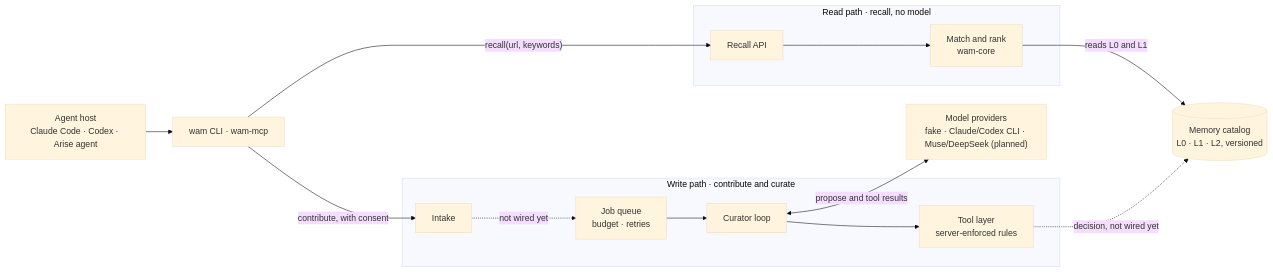
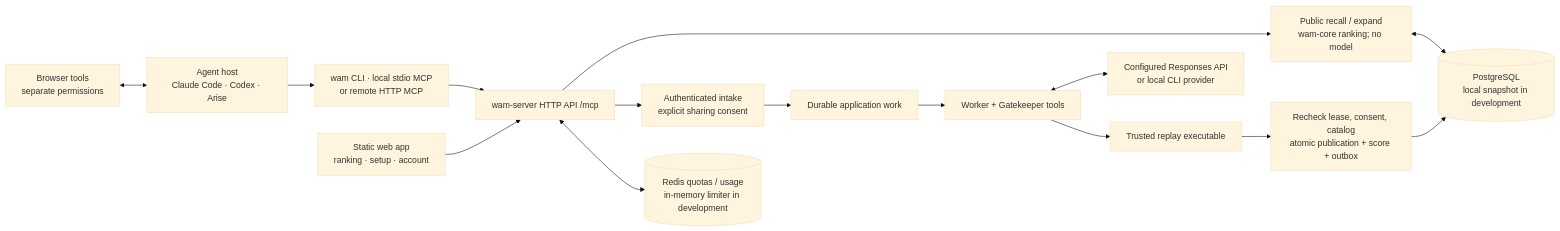
Before and after one commit to heycodingkr/web-agentic-memory: the first of 2 diagrams in docs/design/system-overview.md, drawn with Mermaid (base theme). The commit also changed other lines of this file and 24 other files, not shown here.

````diff
--- a/docs/design/system-overview.md
+++ b/docs/design/system-overview.md
@@ -18,17 +11,17 @@
 ```mermaid
 flowchart LR
-    agent["Agent host<br/>Claude Code · Codex · Arise agent"] --> adapters["wam CLI · wam-mcp"]
-    subgraph read["Read path · recall, no model"]
-        recall["Recall API"] --> rank["Match and rank<br/>wam-core"]
-    end
-    subgraph write["Write path · contribute and curate"]
-        intake["Intake"] -.->|"not wired yet"| queue["Job queue<br/>budget · retries"]
-        queue --> curator["Curator loop"]
-        curator --> tools["Tool layer<br/>server-enforced rules"]
-    end
-    adapters -->|"recall(url, keywords)"| recall
-    adapters -->|"contribute, with consent"| intake
-    rank -->|"reads L0 and L1"| catalog[("Memory catalog<br/>L0 · L1 · L2, versioned")]
-    tools -.->|"decision, not wired yet"| catalog
-    curator <-->|"propose and tool results"| models["Model providers<br/>fake · Claude/Codex CLI · Muse/DeepSeek (planned)"]
+    agent["Agent host<br/>Claude Code · Codex · Arise"] --> adapters["wam CLI · local stdio MCP<br/>or remote HTTP MCP"]
+    browser["Browser tools<br/>separate permissions"] <--> agent
+    adapters --> api["wam-server HTTP API /mcp"]
+    web["Static web app<br/>ranking · setup · account"] --> api
+    api --> read["Public recall / expand<br/>wam-core ranking; no model"]
+    api --> intake["Authenticated intake<br/>explicit sharing consent"]
+    intake --> queue["Durable application work"]
+    queue --> curator["Worker + Gatekeeper tools"]
+    curator <--> model["Configured Responses API<br/>or local CLI provider"]
+    curator --> replay["Trusted replay executable"]
+    replay --> commit["Recheck lease, consent, catalog<br/>atomic publication + score + outbox"]
+    read <--> store[("PostgreSQL<br/>local snapshot in development")]
+    commit --> store
+    api <--> quota[("Redis quotas / usage<br/>in-memory limiter in development")]
 ```
````
